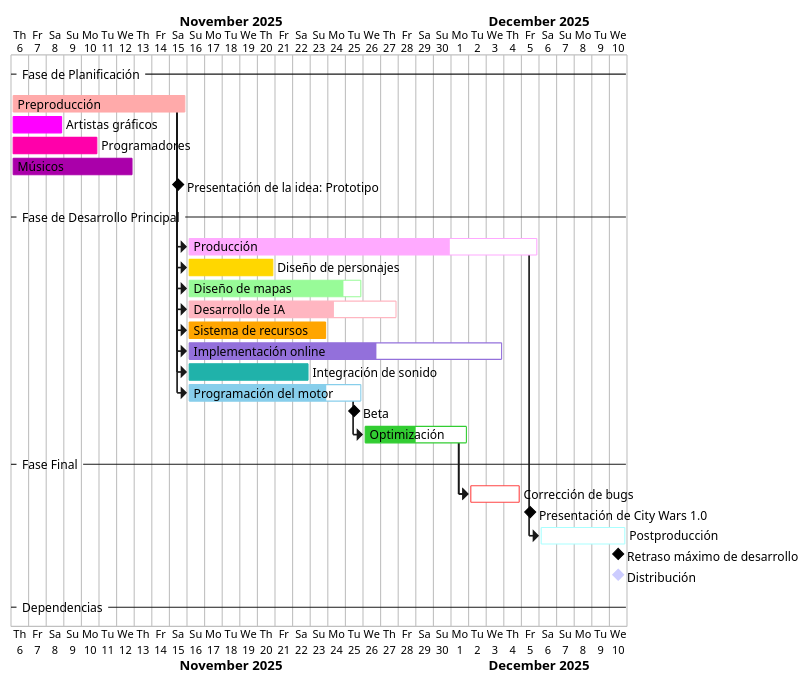
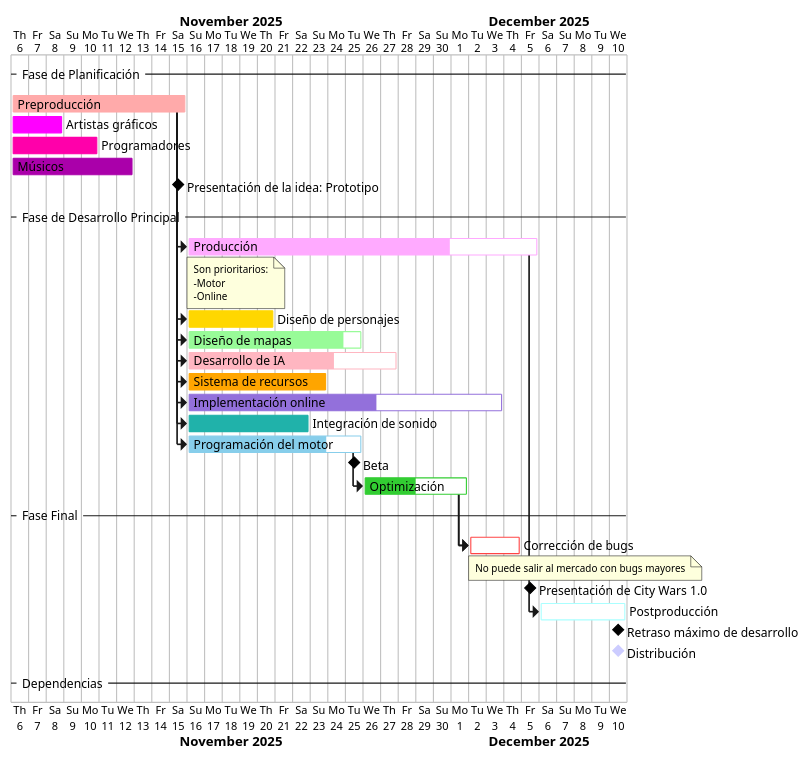
The diagram in entregas/hector.sanmiguel/AEC-PUML-NOUML/gantt.puml (miguelancabezon/25-26-igps), drawn with PlantUML before and after one commit.

Commit message:
Notas añadidas

```diff
--- a/entregas/hector.sanmiguel/AEC-PUML-NOUML/gantt.puml
+++ b/entregas/hector.sanmiguel/AEC-PUML-NOUML/gantt.puml
@@ -1,93 +1,103 @@
 @startgantt City Wars Development Timeline
 Project starts 2025-11-6
 
 -- Fase de Planificación --
 
 [Preproducción] requires 10 days
 [Preproducción] starts 2025-11-6
 [Preproducción] is colored in #FFAAAA
 [Preproducción] is 100% complete
 
 [Artistas gráficos] requires 3 days
 [Artistas gráficos] is colored in #FF00FF
 [Programadores] requires 5 days
 [Programadores] is colored in #FF00AA
 [Músicos] requires 7 days
 [Músicos] is colored in #AA00AA
 
 [Presentación de la idea: Prototipo] happens at [Preproducción]'s end
 
 
 
 -- Fase de Desarrollo Principal --
 
 [Producción] requires 20 days
 [Producción] starts at [Preproducción]'s end
 [Producción] is colored in #FFAAFF
 [Producción] is 75% complete
+
+note bottom
+    Son prioritarios:
+    -Motor
+    -Online
+end note
 
 [Diseño de personajes] requires 5 days
 [Diseño de personajes] starts at [Preproducción]'s end
 [Diseño de personajes] is colored in #FFD700
 [Diseño de personajes] is 100% complete
 
 [Diseño de mapas] requires 10 days
 [Diseño de mapas] starts at [Preproducción]'s end
 [Diseño de mapas] is colored in #98FB98
 [Diseño de mapas] is 90% complete
 
 [Desarrollo de IA] requires 12 days
 [Desarrollo de IA] starts at [Preproducción]'s end
 [Desarrollo de IA] is colored in #FFB6C1
 [Desarrollo de IA] is 70% complete
 
 [Sistema de recursos] requires 8 days
 [Sistema de recursos] starts at [Preproducción]'s end
 [Sistema de recursos] is colored in #FFA500
 [Sistema de recursos] is 100% complete
 
 [Implementación online] requires 18 days
 [Implementación online] starts at [Preproducción]'s end
 [Implementación online] is colored in #9370DB
 [Implementación online] is 60% complete
 
 [Integración de sonido] requires 7 days
 [Integración de sonido] starts at [Preproducción]'s end
 [Integración de sonido] is colored in #20B2AA
 [Integración de sonido] is 100% complete
 
 [Programación del motor] requires 10 days
 [Programación del motor] starts at [Preproducción]'s end
 [Programación del motor] is colored in #87CEEB
 [Programación del motor] is 80% complete
 
 [Beta] happens at [Programación del motor]'s end
 
 [Optimización] requires 6 days
 [Optimización] starts 2025-11-26
 [Optimización] is colored in #32CD32
 [Optimización] is 50% complete
 
 -- Fase Final --
 
 then [Corrección de bugs] requires 3 days
 [Corrección de bugs] is colored in #FF4444
 [Corrección de bugs] is 0% complete
 
+note bottom
+    No puede salir al mercado con bugs mayores
+end note
+
 [Presentación de City Wars 1.0] happens at [Producción]'s end
 
 [Postproducción] requires 5 days
 [Postproducción] starts at [Producción]'s end
 [Postproducción] is colored in #AAFFFF
 [Postproducción] is 0% complete
 
 [Retraso máximo de desarrollo] happens 2025-12-10
 
 [Distribución] happens at [Postproducción]'s end
 [Distribución] is colored in #CCCCFF
 
 -- Dependencias --
 [Corrección de bugs] starts at [Optimización]'s end
 [Optimización] starts at [Programación del motor]'s end
 
 @endgantt
```
